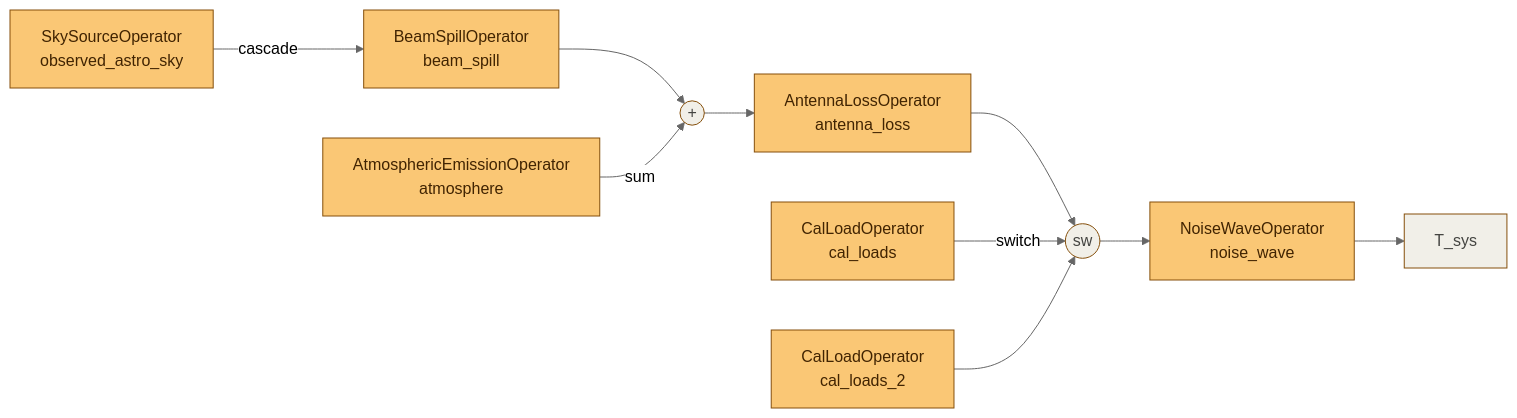
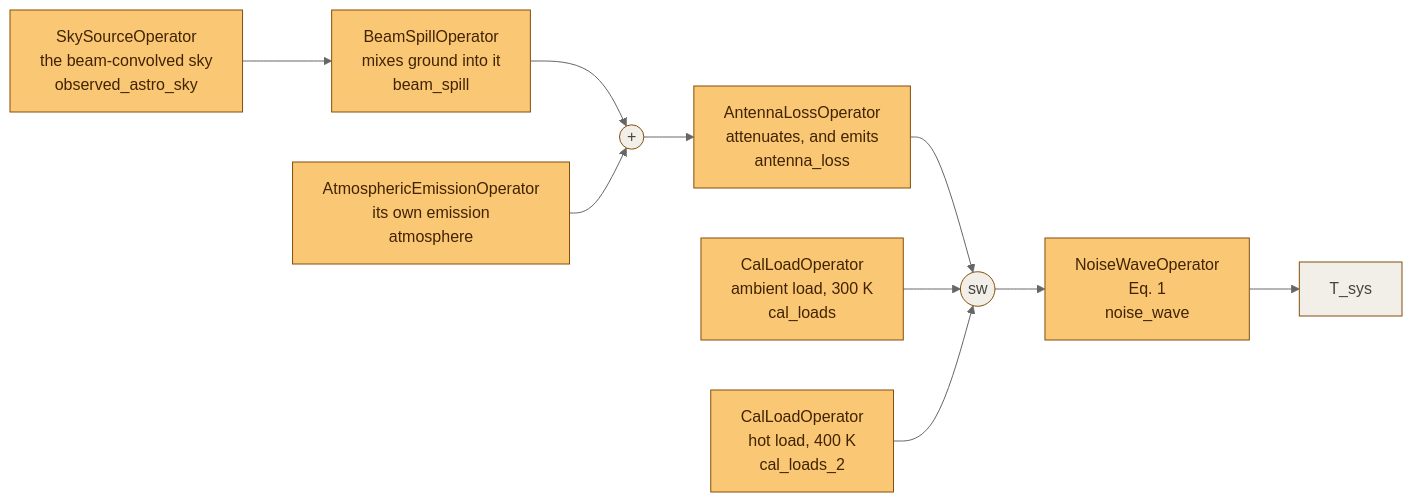
One commit to RHINO-Experiment/rheplicant changed the diagram in docs/sky-to-receiver.md. Above: the diagram before and after it, drawn with Mermaid (neutral theme). The commit also changed other lines of this file and 1 other file, not shown here.

````diff
--- a/docs/sky-to-receiver.md
+++ b/docs/sky-to-receiver.md
@@ -55,26 +56,26 @@
 ```{mermaid}
 flowchart LR
-  sky["SkySourceOperator<br/>observed_astro_sky"]
-  spill["BeamSpillOperator<br/>beam_spill"]
-  atm["AtmosphericEmissionOperator<br/>atmosphere"]
+  sky["SkySourceOperator<br/>the beam-convolved sky<br/>observed_astro_sky"]
+  spill["BeamSpillOperator<br/>mixes ground into it<br/>beam_spill"]
+  atm["AtmosphericEmissionOperator<br/>its own emission<br/>atmosphere"]
   tsum(("+"))
-  loss["AntennaLossOperator<br/>antenna_loss"]
+  loss["AntennaLossOperator<br/>attenuates, and emits<br/>antenna_loss"]
   sw(("sw"))
-  amb["CalLoadOperator<br/>cal_loads"]
-  hot["CalLoadOperator<br/>cal_loads_2"]
-  nw["NoiseWaveOperator<br/>noise_wave"]
+  amb["CalLoadOperator<br/>ambient load, 300 K<br/>cal_loads"]
+  hot["CalLoadOperator<br/>hot load, 400 K<br/>cal_loads_2"]
+  nw["NoiseWaveOperator<br/>Eq. 1<br/>noise_wave"]
   out["T_sys"]
-  sky -- cascade --> spill
+  sky --> spill
   spill --> tsum
-  atm -- sum --> tsum
+  atm --> tsum
   tsum --> loss
   loss --> sw
-  amb -- switch --> sw
+  amb --> sw
   hot --> sw
   sw --> nw
   nw --> out
   classDef lit fill:#FAC775,stroke:#854F0B,color:#412402;
   classDef wire fill:#F1EFE8,stroke:#854F0B,color:#444441;
   class sky,spill,atm,loss,amb,hot,nw lit;
   class tsum,sw,out wire;
 ```
````
